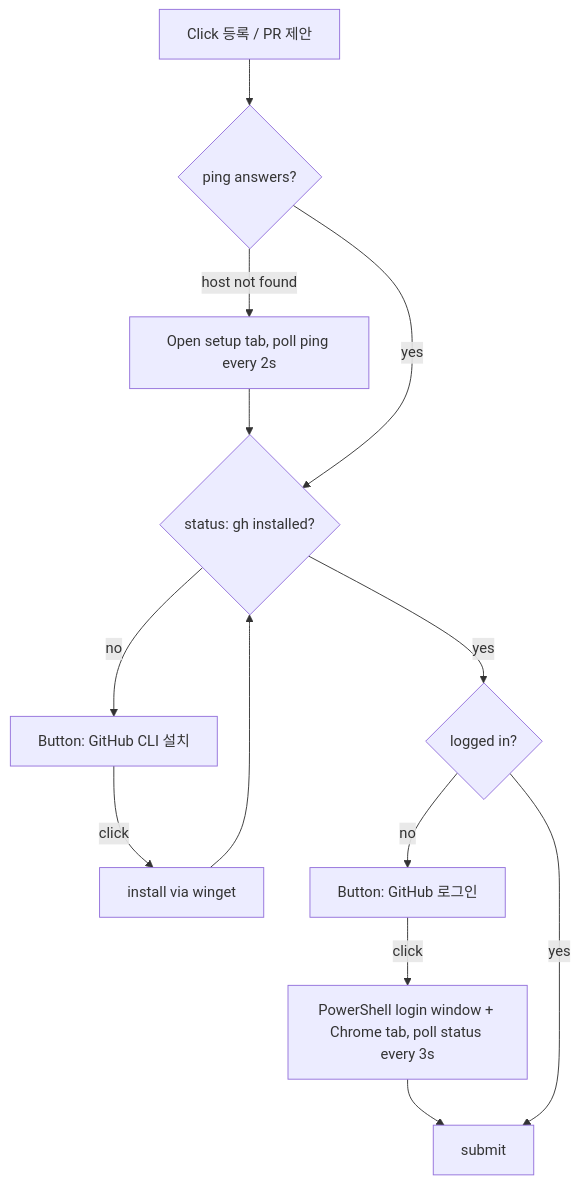
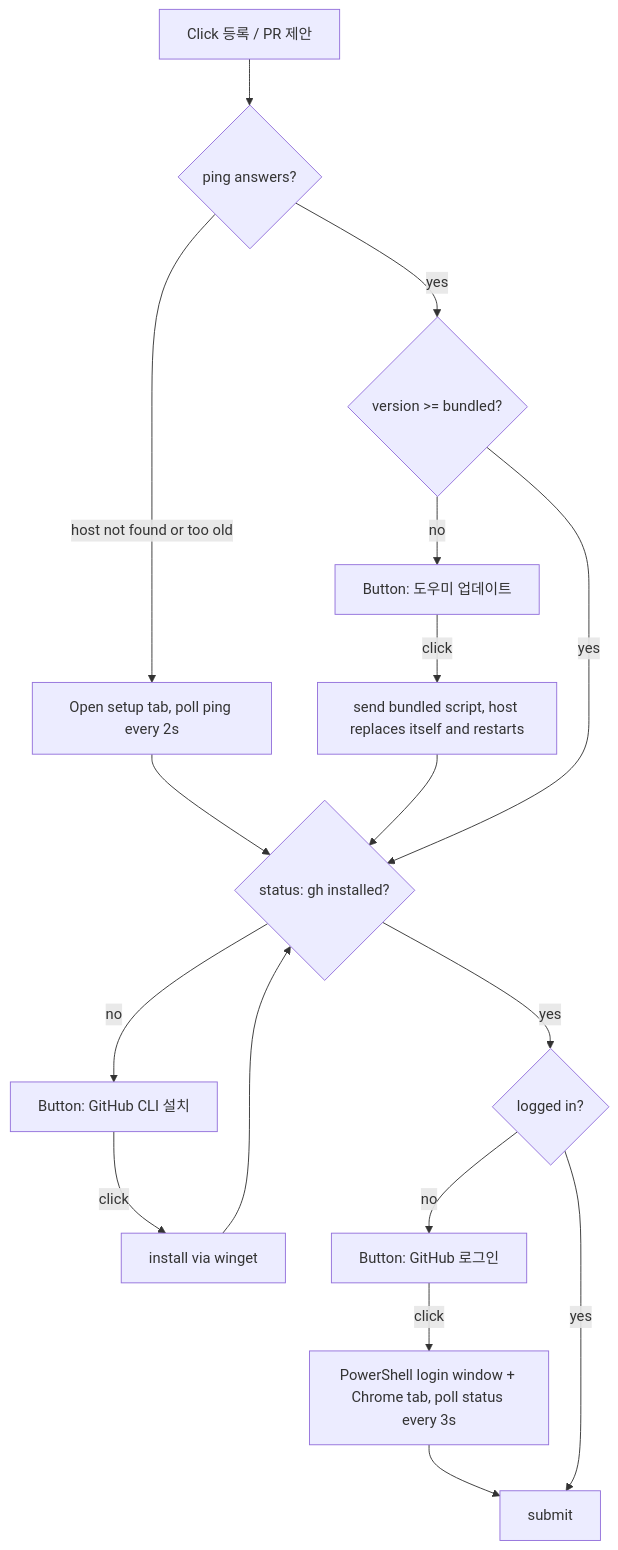
Before and after one commit to JaceDashS/udemy-korean-translator: the second of 2 diagrams in docs/design/translation/30-dictionary-sync.md, drawn with Mermaid. The commit also changed other lines of this file and 5 other files, not shown here.

````diff
--- a/docs/design/translation/30-dictionary-sync.md
+++ b/docs/design/translation/30-dictionary-sync.md
@@ -51,10 +51,12 @@
 ```mermaid
 flowchart TD
     S[Click 등록 / PR 제안] --> A{ping answers?}
-    A -- host not found --> R[Open setup tab, poll ping every 2s] --> B
-    A -- yes --> B{status: gh installed?}
+    A -- host not found or too old --> R[Open setup tab, poll ping every 2s] --> B
+    A -- yes --> V{version >= bundled?}
+    V -- no --> U[Button: 도우미 업데이트] -->|click| U2[send bundled script, host replaces itself and restarts] --> B
+    V -- yes --> B{status: gh installed?}
     B -- no --> I[Button: GitHub CLI 설치] -->|click| I2[install via winget] --> B
     B -- yes --> C{logged in?}
     C -- no --> L[Button: GitHub 로그인] -->|click| L2[PowerShell login window + Chrome tab, poll status every 3s] --> P
     C -- yes --> P[submit]
 ```
````
